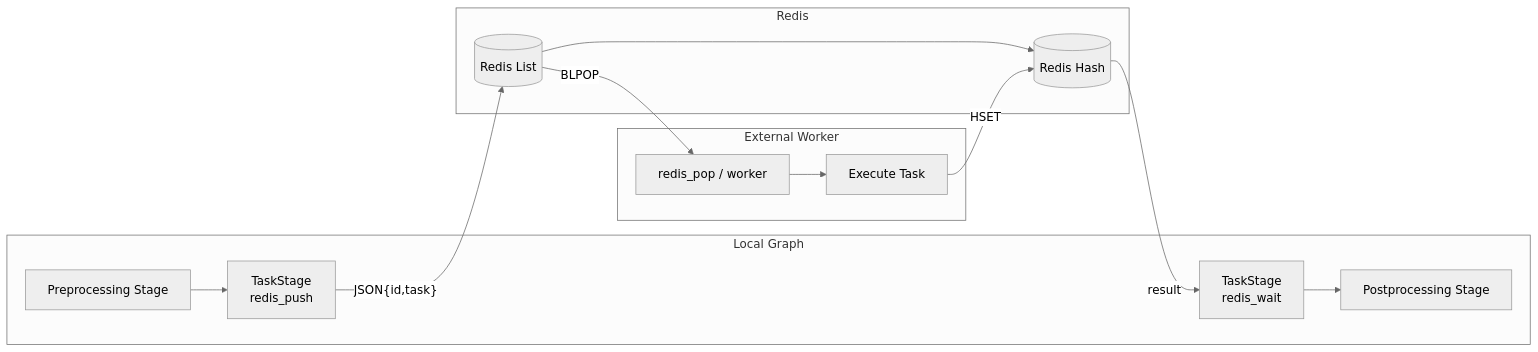
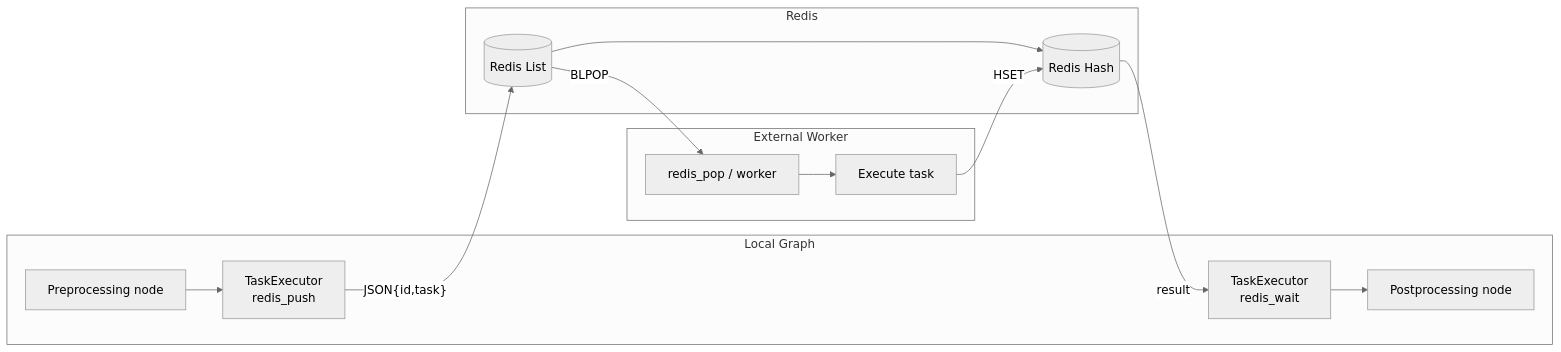
The ninth of 9 diagrams in docs/en/presentation.md (Mr-xiaotian/CelestialFlow), drawn with Mermaid (neutral theme) before and after one commit. The commit also changed other lines of this file and 181 other files, not shown here.

````diff
--- a/docs/en/presentation.md
+++ b/docs/en/presentation.md
@@ -598,19 +580,19 @@
 ```mermaid
 graph LR
     subgraph Local Graph
-        A[Preprocessing Stage] --> B[TaskStage<br/>redis_push]
-        E[TaskStage<br/>redis_wait] --> F[Postprocessing Stage]
+        A[Preprocessing node] --> B[TaskExecutor<br/>redis_push]
+        E[TaskExecutor<br/>redis_wait] --> F[Postprocessing node]
     end
 
     subgraph Redis
         B -->|"JSON{id,task}"| C[(Redis List)]
         C --> D[(Redis Hash)]
         D -->|"result"| E
     end
 
     subgraph External Worker
         C -->|BLPOP| G[redis_pop / worker]
-        G --> H[Execute Task]
+        G --> H[Execute task]
         H -->|HSET| D
     end
 ```
````
